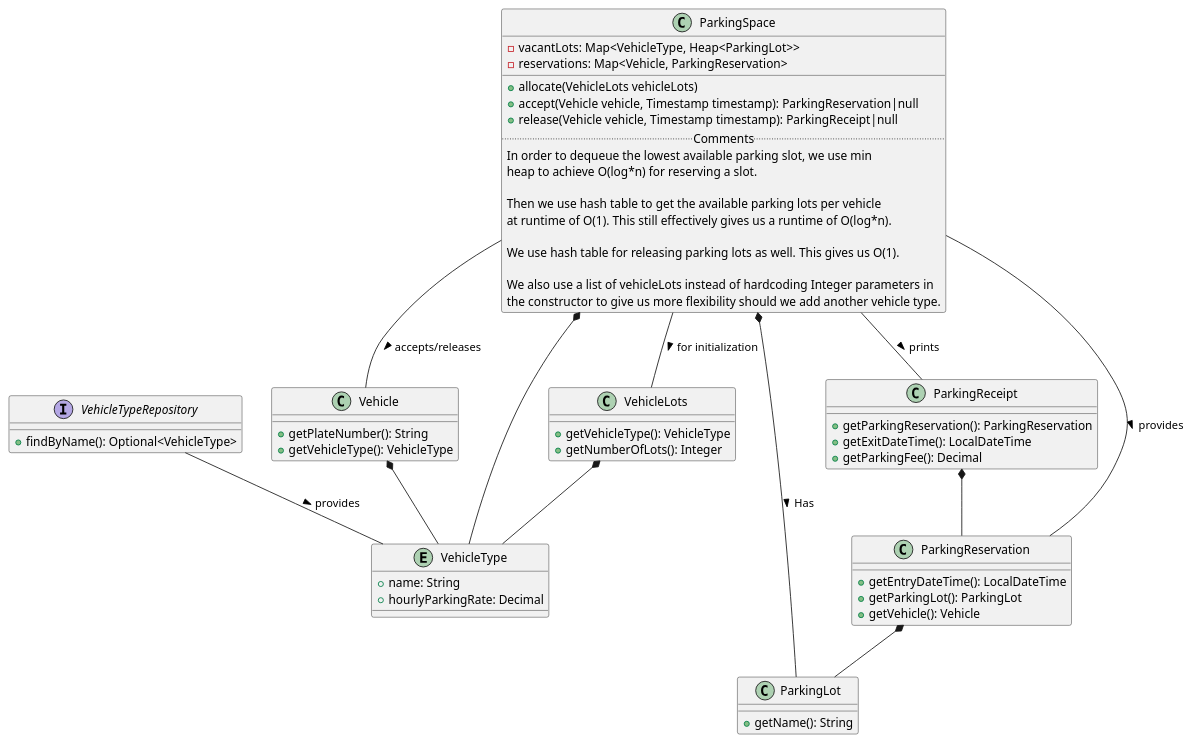
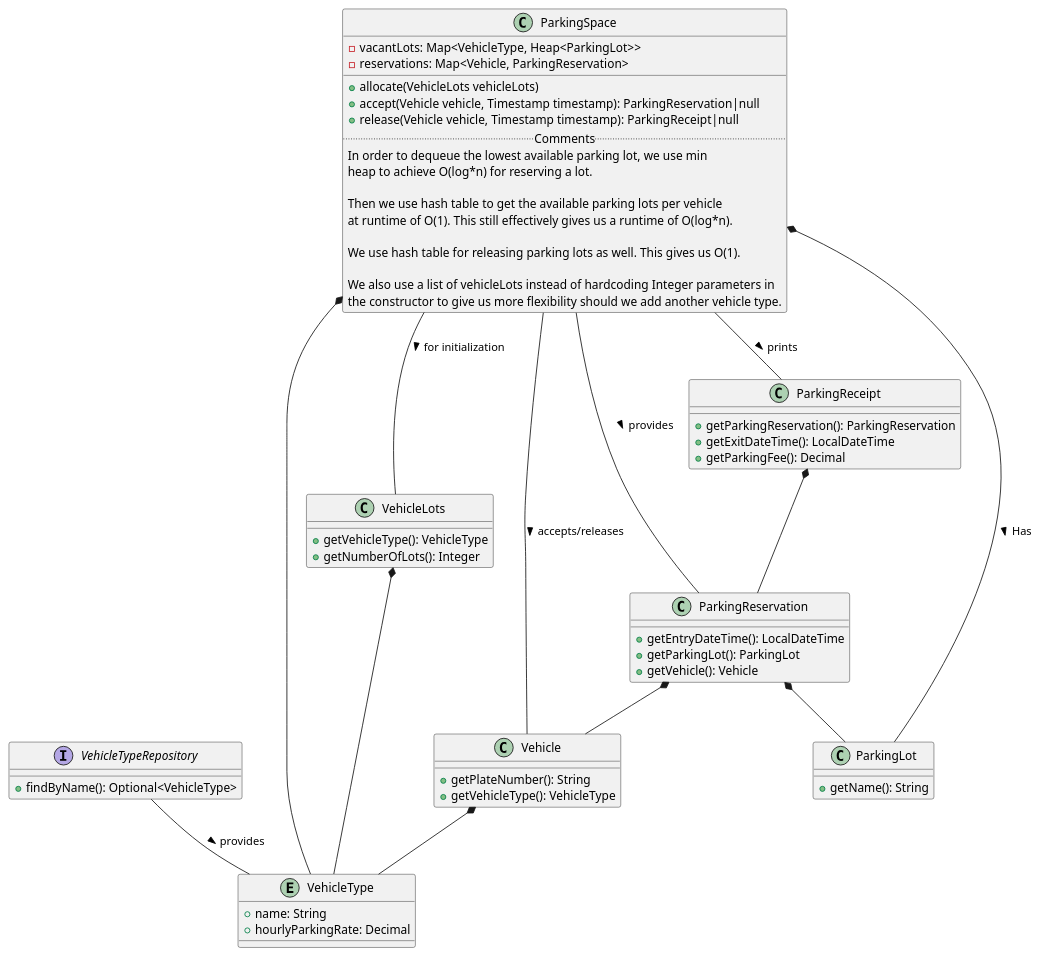
Before and after one commit to mettyoung/automated-valet-car-parking-system: the diagram in docs/c4-domain.puml, drawn with PlantUML. The commit also changed 1 other file, not shown here.

```diff
--- a/docs/c4-domain.puml
+++ b/docs/c4-domain.puml
@@ -1,69 +1,70 @@
 @startuml
 class Vehicle {
     + getPlateNumber(): String
     + getVehicleType(): VehicleType
 }
 
 entity VehicleType {
     + name: String
     + hourlyParkingRate: Decimal
 }
 
 interface VehicleTypeRepository {
     + findByName(): Optional<VehicleType>
 }
 
 class ParkingSpace {
     - vacantLots: Map<VehicleType, Heap<ParkingLot>>
     - reservations: Map<Vehicle, ParkingReservation>
     __
     + allocate(VehicleLots vehicleLots)
     + accept(Vehicle vehicle, Timestamp timestamp): ParkingReservation|null
     + release(Vehicle vehicle, Timestamp timestamp): ParkingReceipt|null
     .. Comments ..
-    In order to dequeue the lowest available parking slot, we use min
-    heap to achieve O(log*n) for reserving a slot.
+    In order to dequeue the lowest available parking lot, we use min
+    heap to achieve O(log*n) for reserving a lot.
 
     Then we use hash table to get the available parking lots per vehicle
     at runtime of O(1). This still effectively gives us a runtime of O(log*n).
 
     We use hash table for releasing parking lots as well. This gives us O(1).
 
     We also use a list of vehicleLots instead of hardcoding Integer parameters in
     the constructor to give us more flexibility should we add another vehicle type.
 }
 
 class VehicleLots {
     + getVehicleType(): VehicleType
     + getNumberOfLots(): Integer
 }
 
 class ParkingLot {
     + getName(): String
 }
 
 class ParkingReceipt {
     + getParkingReservation(): ParkingReservation
     + getExitDateTime(): LocalDateTime
     + getParkingFee(): Decimal
 }
 
 class ParkingReservation {
     + getEntryDateTime(): LocalDateTime
     + getParkingLot(): ParkingLot
     + getVehicle(): Vehicle
 }
 
 Vehicle *-- VehicleType
 VehicleLots *-- VehicleType
 VehicleTypeRepository -- VehicleType: provides >
 ParkingSpace *-- VehicleType
 ParkingSpace *-- ParkingLot: Has >
 ParkingSpace -- VehicleLots: for initialization >
 ParkingSpace -- Vehicle: accepts/releases >
 ParkingSpace -- ParkingReservation: provides >
 ParkingReservation *-- ParkingLot
+ParkingReservation *-- Vehicle
 ParkingReceipt *-- ParkingReservation
 ParkingSpace -- ParkingReceipt: prints >
 
 @enduml
```
